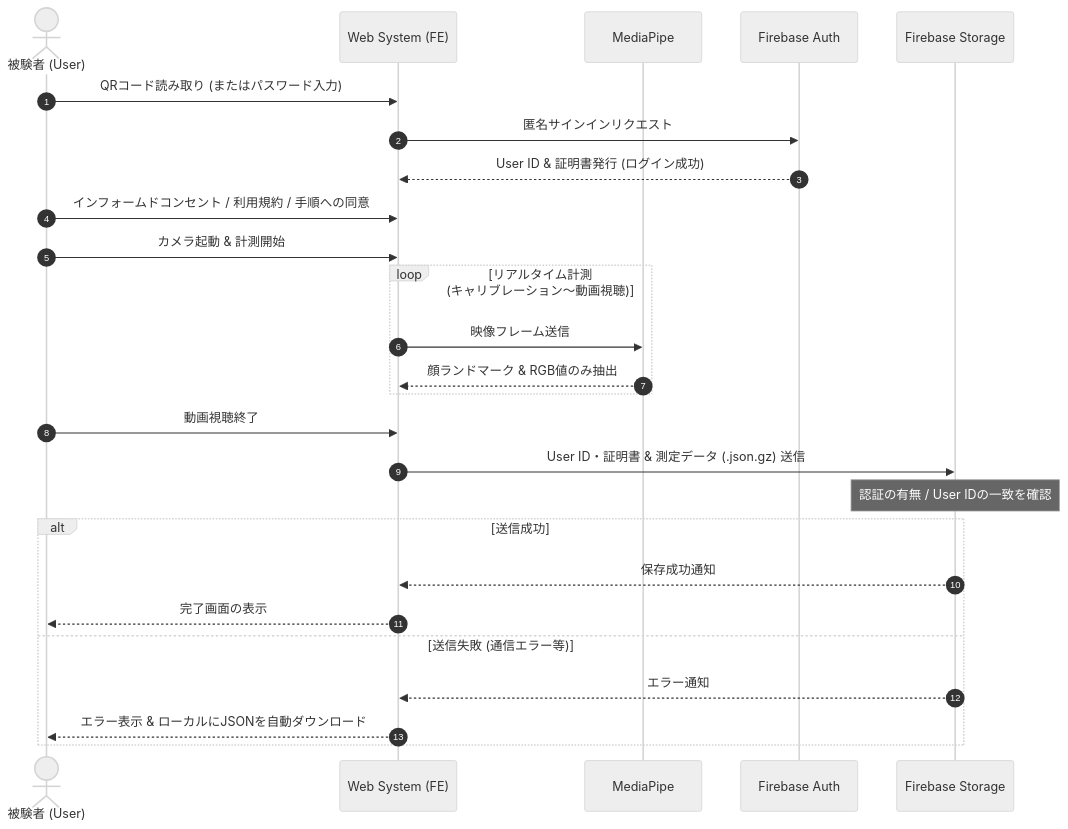
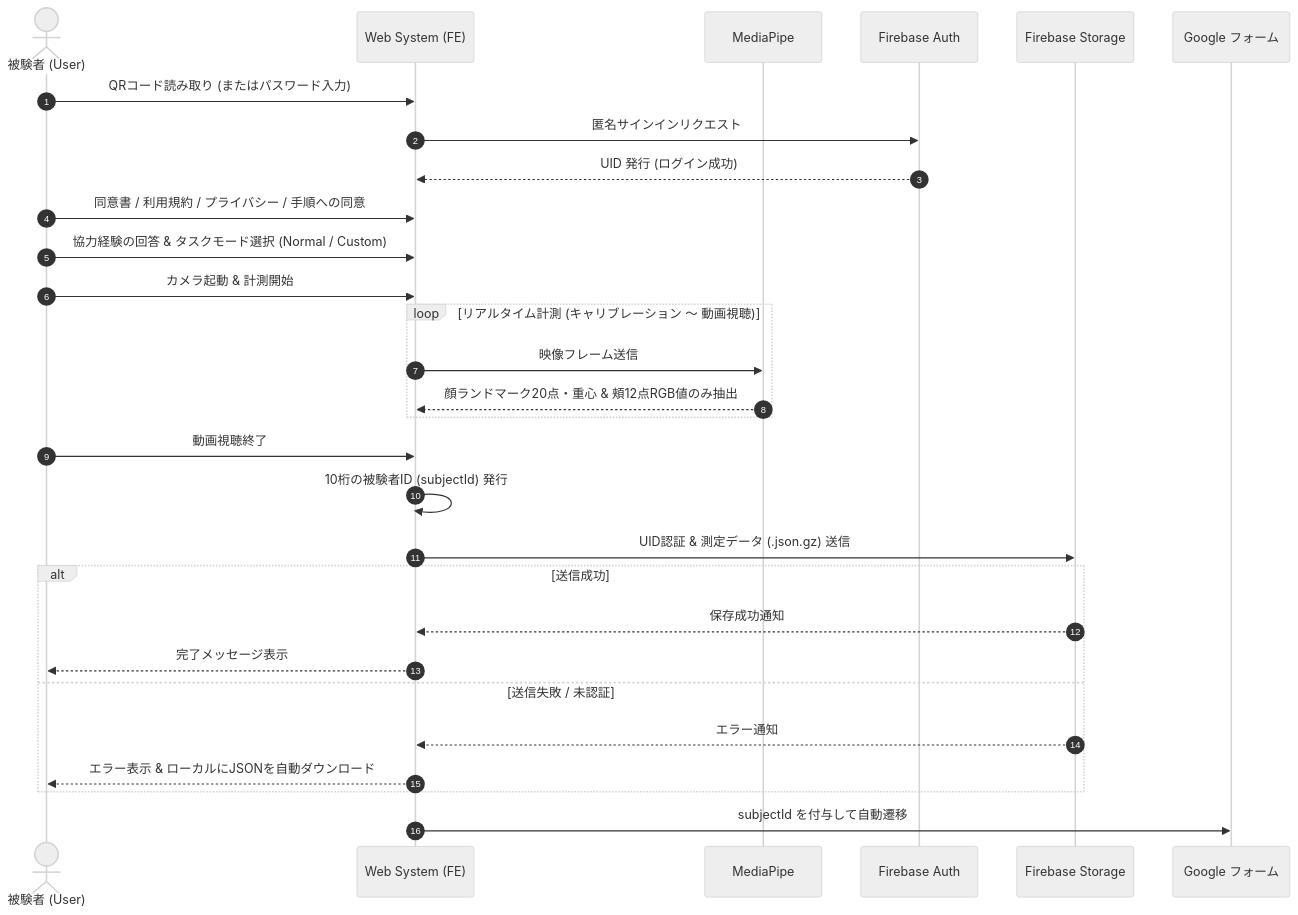
Before and after one commit to nn3247/pbl: the diagram in evaluation_system/README.md, drawn with Mermaid (neutral theme). The commit also changed other lines of this file and 8 other files, not shown here.

````diff
--- a/evaluation_system/README.md
+++ b/evaluation_system/README.md
@@ -27,35 +32,39 @@
 ```mermaid
 sequenceDiagram
     autonumber
     actor User as 被験者 (User)
     participant UI as Web System (FE)
     participant MediaPipe as MediaPipe
     participant Auth as Firebase Auth
     participant Storage as Firebase Storage
+    participant Form as Google フォーム
 
     %% 認証・事前準備
     User->>UI: QRコード読み取り (またはパスワード入力)
     UI->>Auth: 匿名サインインリクエスト
-    Auth-->>UI: User ID & 証明書発行 (ログイン成功)
-    User->>UI: インフォームドコンセント / 利用規約 / 手順への同意
+    Auth-->>UI: UID 発行 (ログイン成功)
+    User->>UI: 同意書 / 利用規約 / プライバシー / 手順への同意
+    User->>UI: 協力経験の回答 & タスクモード選択 (Normal / Custom)
 
     %% 測定フェーズ
     User->>UI: カメラ起動 & 計測開始
-    loop リアルタイム計測 (キャリブレーション〜動画視聴)
+    loop リアルタイム計測 (キャリブレーション 〜 動画視聴)
         UI->>MediaPipe: 映像フレーム送信
-        MediaPipe-->>UI: 顔ランドマーク & RGB値のみ抽出
+        MediaPipe-->>UI: 顔ランドマーク20点・重心 & 頬12点RGB値のみ抽出
     end
 
-    %% データ送信フェーズ
+    %% データ送信 & アンケート遷移フェーズ
     User->>UI: 動画視聴終了
-    UI->>Storage: User ID・証明書 & 測定データ (.json.gz) 送信
-    Note over Storage: 認証の有無 / User IDの一致を確認
-    
+    UI->>UI: 10桁の被験者ID (subjectId) 発行
+    UI->>Storage: UID認証 & 測定データ (.json.gz) 送信
+
     alt 送信成功
         Storage-->>UI: 保存成功通知
-        UI-->>User: 完了画面の表示
-    else 送信失敗 (通信エラー等)
+        UI-->>User: 完了メッセージ表示
+    else 送信失敗 / 未認証
         Storage-->>UI: エラー通知
         UI-->>User: エラー表示 & ローカルにJSONを自動ダウンロード
     end
+
+    UI->>Form: subjectId を付与して自動遷移
 ```
````
